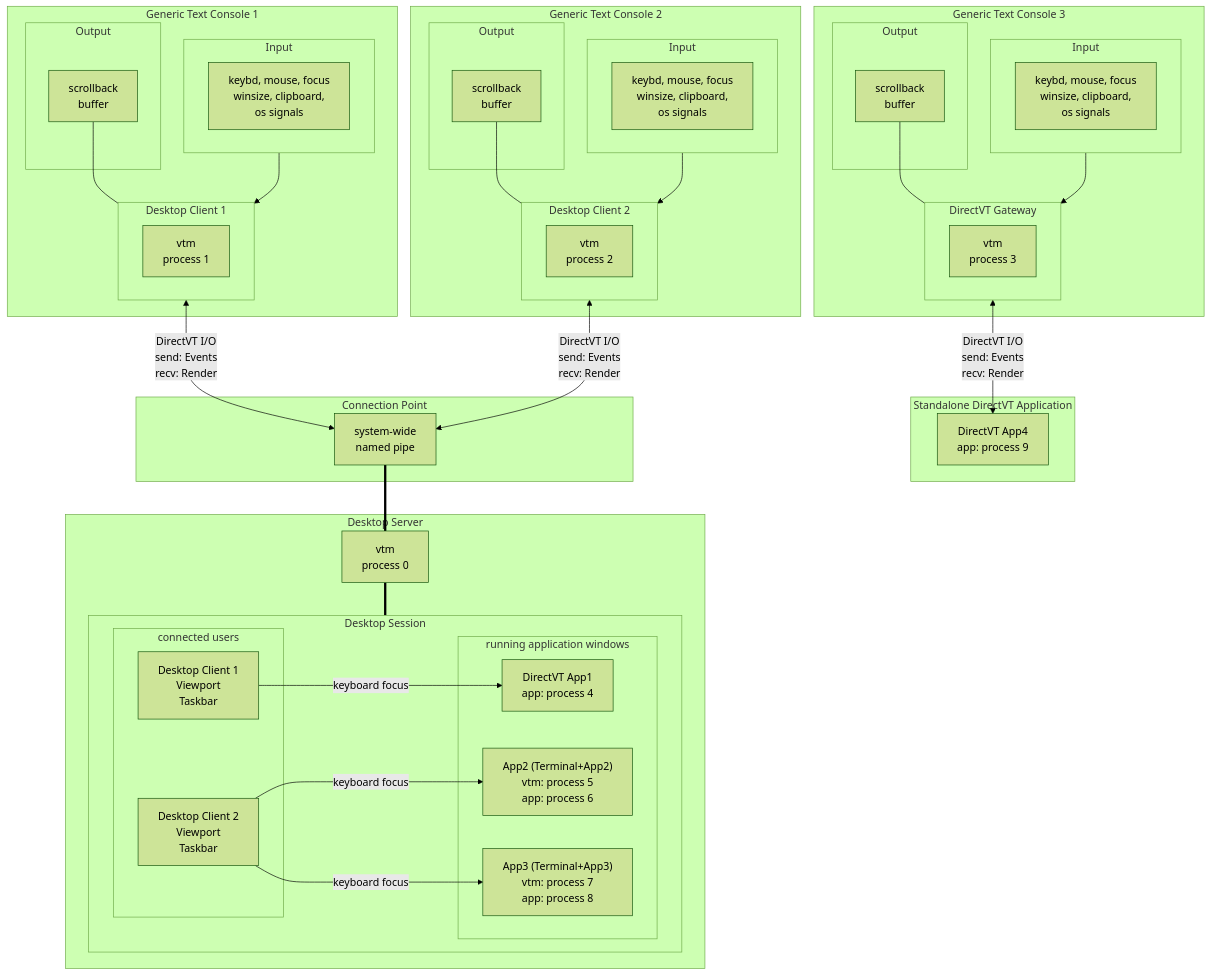
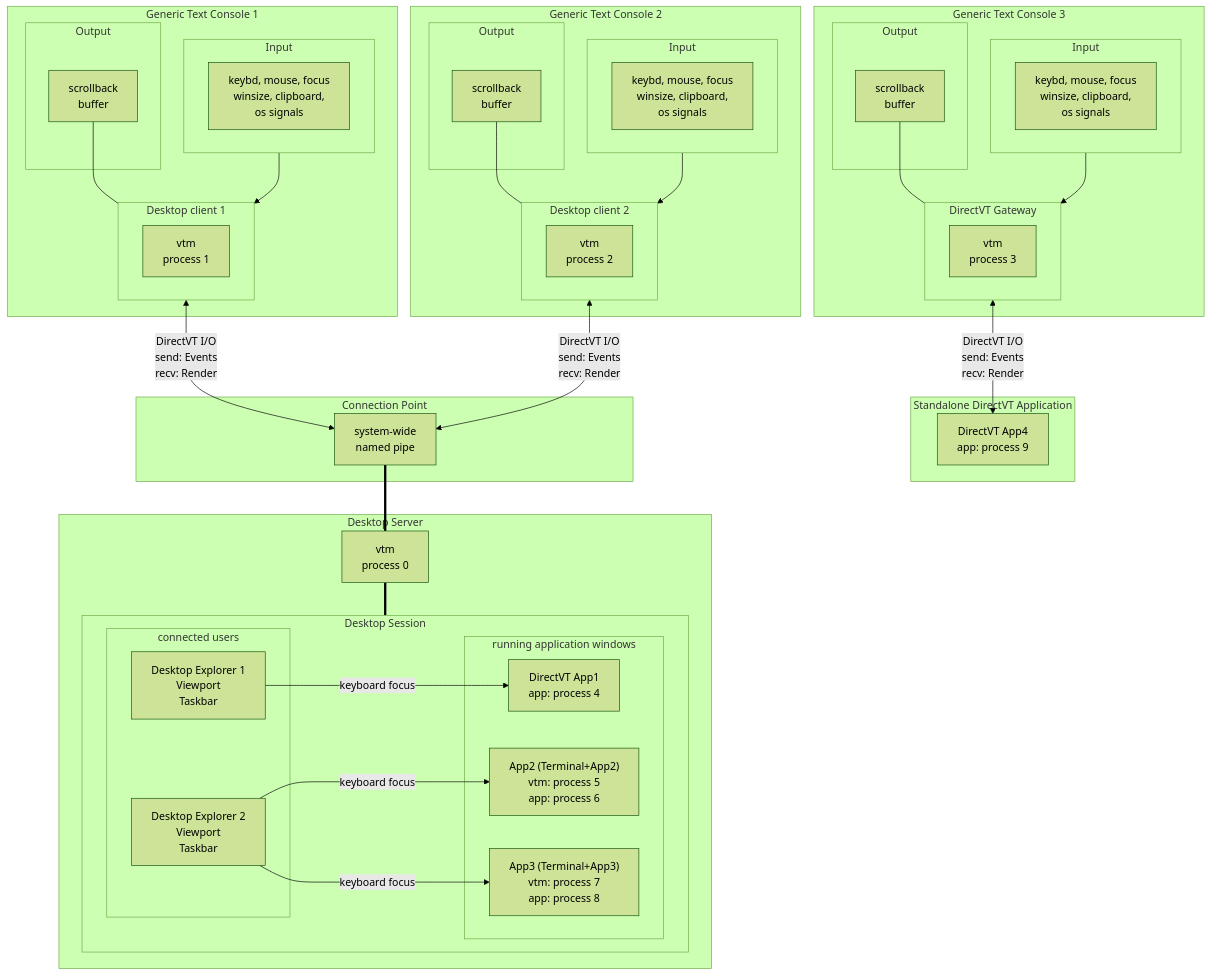
Before and after one commit to directvt/vtm: the diagram in doc/architecture.md, drawn with Mermaid (forest theme). The commit also changed other lines of this file and 7 other files, not shown here.

````diff
--- a/doc/architecture.md
+++ b/doc/architecture.md
@@ -99,78 +99,78 @@
 ```mermaid
 graph TB
     subgraph IE10[Generic Text Console 1]
         subgraph IE1[Input]
             direction LR
             C1[keybd, mouse, focus\nwinsize, clipboard,\nos signals]
         end
         subgraph OU1[Output]
             TC1[scrollback\nbuffer]
         end
-        subgraph CS1[Desktop Client 1]
+        subgraph CS1[Desktop client 1]
             VTM1[vtm\nprocess 1]
         end
         C1 --> CS1
         TC1 --- CS1
     end
 
     subgraph IE20[Generic Text Console 2]
         subgraph IE2[Input]
             direction LR
             C2[keybd, mouse, focus\nwinsize, clipboard,\nos signals]
         end
         subgraph OU2[Output]
             TC2[scrollback\nbuffer]
         end
-        subgraph CS2[Desktop Client 2]
+        subgraph CS2[Desktop client 2]
             VTM2[vtm\nprocess 2]
         end
         C2 --> CS2
         TC2 --- CS2
     end
 
     subgraph IE30[Generic Text Console 3]
         subgraph IE3[Input]
             direction LR
             C3[keybd, mouse, focus\nwinsize, clipboard,\nos signals]
         end
         subgraph OU3[Output]
             TC3[scrollback\nbuffer]
         end
         subgraph CS3[DirectVT Gateway]
             VTM3[vtm\nprocess 3]
         end
         C3 --> CS3
         TC3 --- CS3
     end
     subgraph APP0x[Standalone DirectVT Application]
         APP01[DirectVT App4\napp: process 9]
     end
     CS3 <-->|DirectVT I/O\nsend: Events\nrecv: Render| APP01
 
     subgraph NP[Connection Point]
         TS["system-wide\nnamed pipe"]
     end
 
     subgraph SS[Desktop Server]
         VTMs[vtm\nprocess 0]
         subgraph SE[Desktop Session]
             subgraph APPx[running application windows]
                 APP1[DirectVT App1\napp: process 4]
                 APP2["App2 (Terminal+App2)\nvtm: process 5\napp: process 6"]
                 APP3["App3 (Terminal+App3)\nvtm: process 7\napp: process 8"]
             end
             subgraph APPu[connected users]
-                USR1["Desktop Client 1\nViewport\nTaskbar"]
-                USR2["Desktop Client 2\nViewport\nTaskbar"]
+                USR1["Desktop Explorer 1\nViewport\nTaskbar"]
+                USR2["Desktop Explorer 2\nViewport\nTaskbar"]
             end
             USR1 --->|keyboard focus| APP1
             USR2 --->|keyboard focus| APP2
             USR2 --->|keyboard focus| APP3
         end
         VTMs === SE
     end
 
     CS1 <-->|DirectVT I/O\nsend: Events\nrecv: Render| TS
     CS2 <-->|DirectVT I/O\nsend: Events\nrecv: Render| TS
     TS === VTMs
 ```
````
